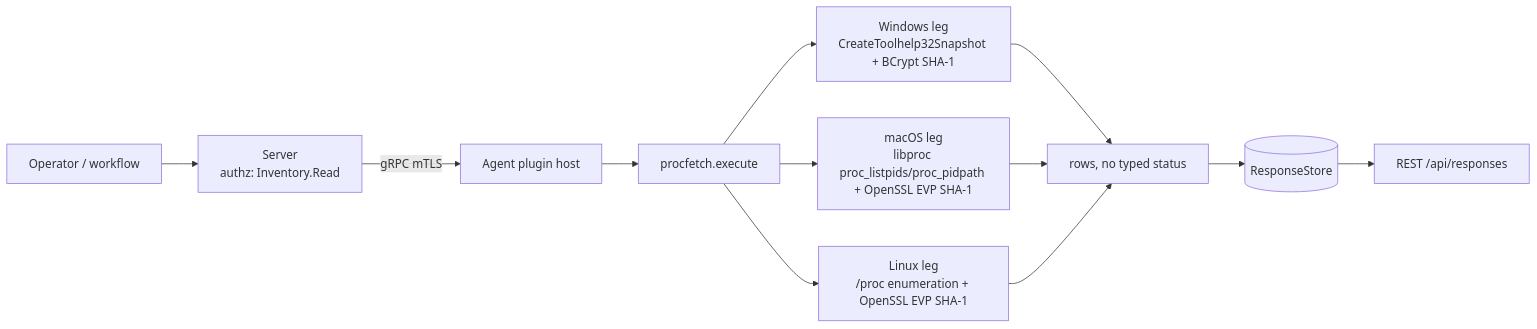
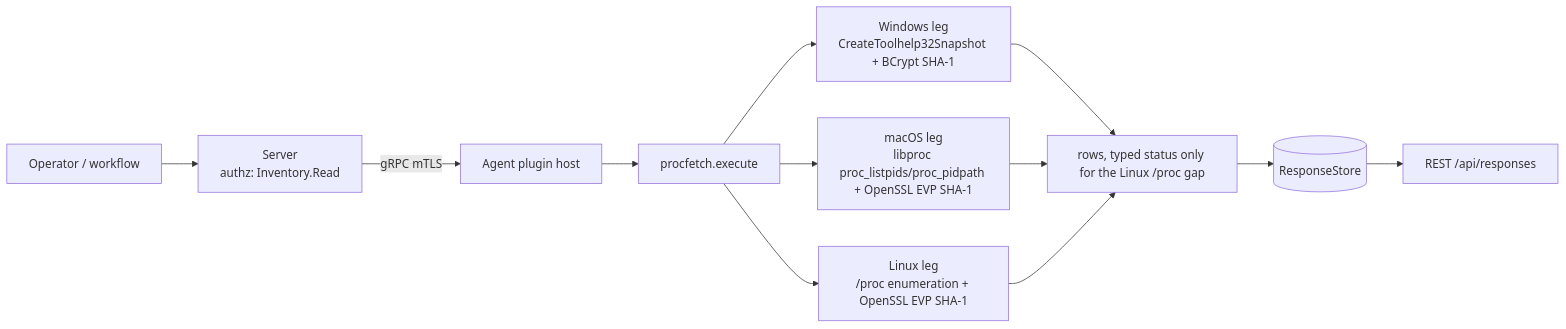
One commit to DevNullLtd/Yuzu changed the diagram in agents/plugins/procfetch/README.md. Above: the diagram before and after it, drawn with Mermaid. The commit also changed other lines of this file and 25 other files, not shown here.

````diff
--- a/agents/plugins/procfetch/README.md
+++ b/agents/plugins/procfetch/README.md
@@ -19,9 +19,9 @@
 ```mermaid
 flowchart LR
   OP[Operator / workflow] --> SRV[Server<br/>authz: Inventory.Read]
   SRV -- gRPC mTLS --> HOST[Agent plugin host] --> EX[procfetch.execute]
   EX --> WIN[Windows leg<br/>CreateToolhelp32Snapshot + BCrypt SHA-1]
   EX --> MAC[macOS leg<br/>libproc proc_listpids/proc_pidpath + OpenSSL EVP SHA-1]
   EX --> LIN[Linux leg<br/>/proc enumeration + OpenSSL EVP SHA-1]
-  WIN & MAC & LIN --> ROWS[rows, no typed status] --> RS[(ResponseStore)] --> API[REST /api/responses]
+  WIN & MAC & LIN --> ROWS[rows, typed status only for the Linux /proc gap] --> RS[(ResponseStore)] --> API[REST /api/responses]
 ```
````
